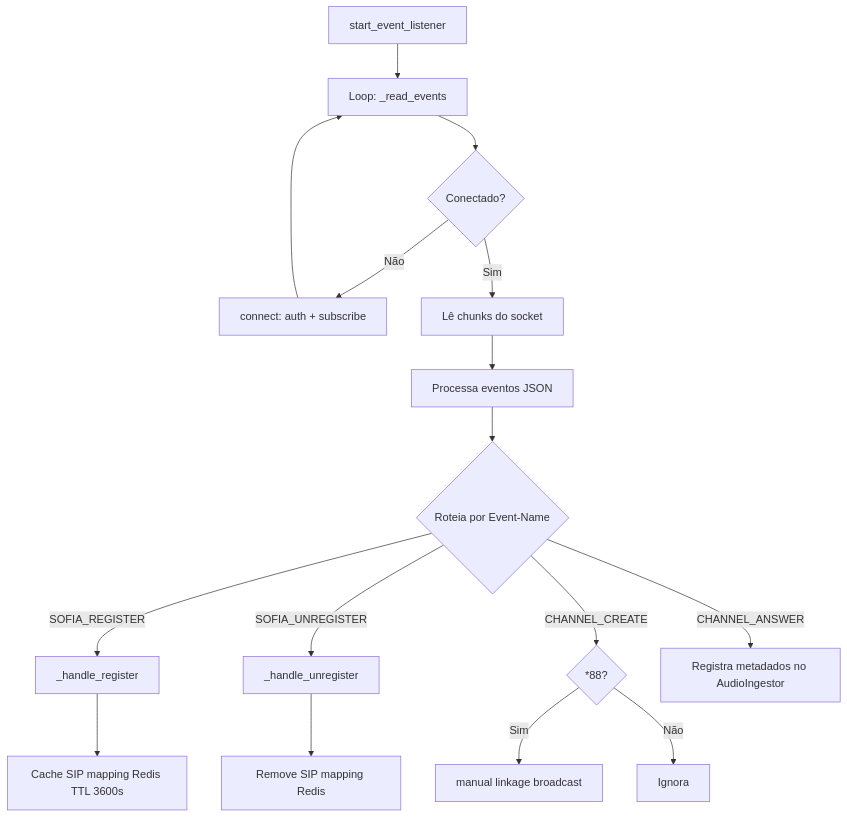
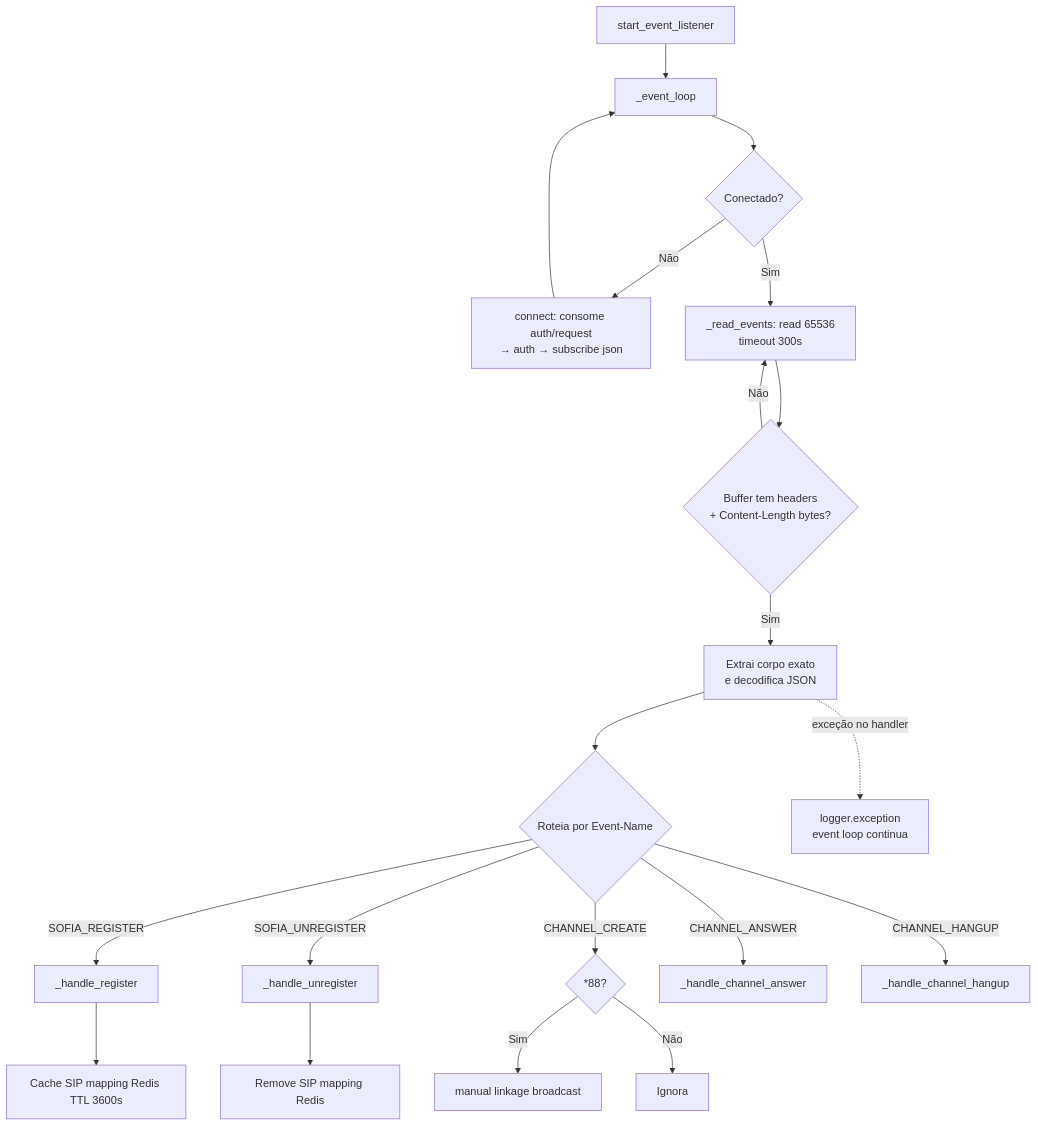
The second of 6 diagrams in _reversa_sdd/flowcharts/telephony-flow.md (daniel-scalioni/zenith-voip), drawn with Mermaid before and after one commit. The commit also changed other lines of this file and 92 other files, not shown here.

Commit message:
docs: update architecture and design documentation including new ADRs for local audio storage and in-memory checkpointing, plus initial specs for SMB audio backup and sidecar tasks.

````diff
--- a/_reversa_sdd/flowcharts/telephony-flow.md
+++ b/_reversa_sdd/flowcharts/telephony-flow.md
@@ -5,18 +26,22 @@
 ```mermaid
 flowchart TD
-    A[start_event_listener] --> B[Loop: _read_events]
+    A[start_event_listener] --> B[_event_loop]
     B --> C{Conectado?}
-    C -->|Não| D[connect: auth + subscribe]
+    C -->|Não| D[connect: consome auth/request<br/>→ auth → subscribe json]
     D --> B
-    C -->|Sim| E[Lê chunks do socket]
-    E --> F[Processa eventos JSON]
+    C -->|Sim| E[_read_events: read 65536<br/>timeout 300s]
+    E --> E2{Buffer tem headers<br/>+ Content-Length bytes?}
+    E2 -->|Não| E
+    E2 -->|Sim| F[Extrai corpo exato<br/>e decodifica JSON]
     F --> G{Roteia por Event-Name}
     G -->|SOFIA_REGISTER| H[_handle_register]
     G -->|SOFIA_UNREGISTER| I[_handle_unregister]
     G -->|CHANNEL_CREATE| J{*88?}
     J -->|Sim| K[manual linkage broadcast]
     J -->|Não| L[Ignora]
-    G -->|CHANNEL_ANSWER| M[Registra metadados no AudioIngestor]
-    H --> N[Cache SIP mapping Redis TTL 3600s]
-    I --> O[Remove SIP mapping Redis]
+    G -->|CHANNEL_ANSWER| M[_handle_channel_answer]
+    G -->|CHANNEL_HANGUP| N[_handle_channel_hangup]
+    H --> O[Cache SIP mapping Redis TTL 3600s]
+    I --> P[Remove SIP mapping Redis]
+    F -.->|exceção no handler| Q[logger.exception<br/>event loop continua]
 ```
````
